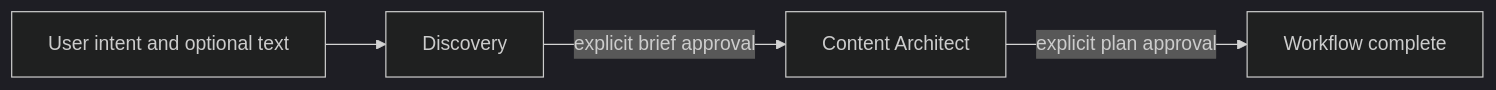
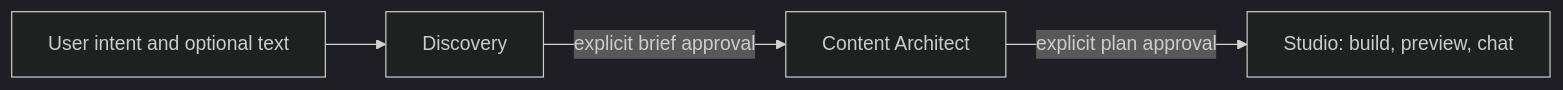
One commit to yashsrivastava0/OryxenAI changed the diagram in docs/architecture/02-active-workflow.md. Above: the diagram before and after it, drawn with Mermaid (dark theme). The commit also changed other lines of this file and 7 other files, not shown here.

````diff
--- a/docs/architecture/02-active-workflow.md
+++ b/docs/architecture/02-active-workflow.md
@@ -12,6 +13,6 @@
 ```mermaid
 flowchart LR
     Intake[User intent and optional text] --> Discovery[Discovery]
     Discovery -->|explicit brief approval| Content[Content Architect]
-    Content -->|explicit plan approval| Done[Workflow complete]
+    Content -->|explicit plan approval| Studio[Studio: build, preview, chat]
 ```
````
